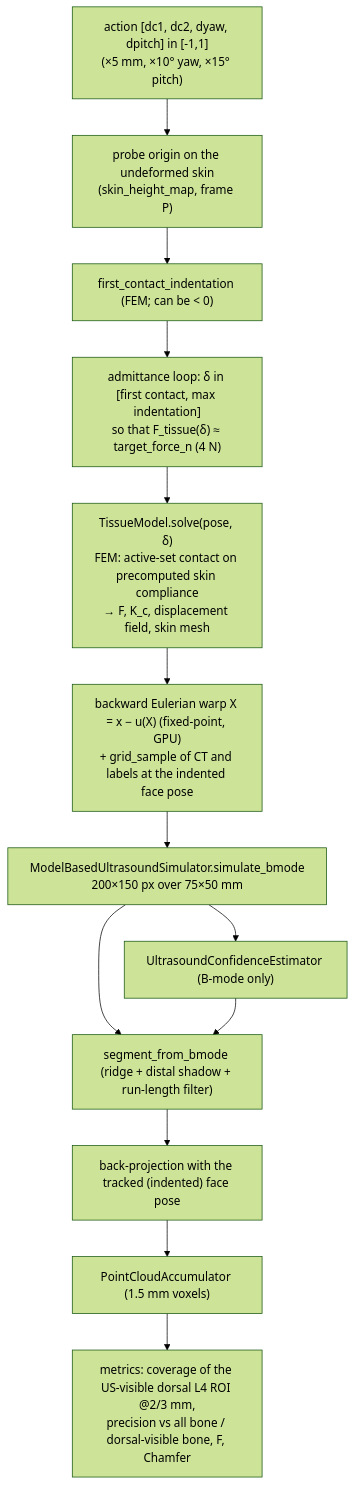
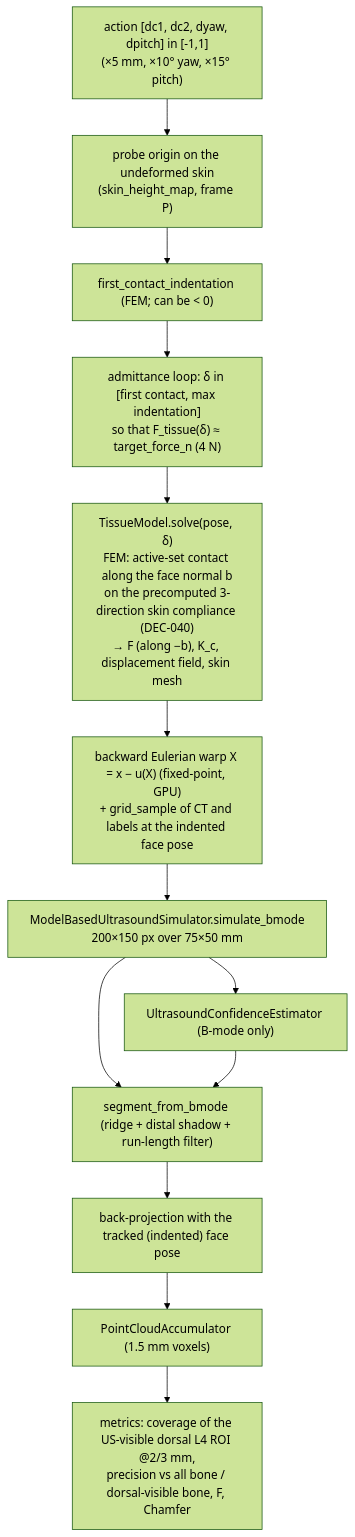
Before and after one commit to rishang19dx/MTP-Surgical-Robotcs: the third of 4 diagrams in FLOW.md, drawn with Mermaid (forest theme). The commit also changed other lines of this file and 8 other files, not shown here.

First line of the commit message:
docs+results: benchmark and physics rate after normal contact; DEC-040

````diff
--- a/FLOW.md
+++ b/FLOW.md
@@ -108,15 +108,15 @@
 ```mermaid
 flowchart TD
     A["action [dc1, dc2, dyaw, dpitch] in [-1,1]\n(×5 mm, ×10° yaw, ×15° pitch)"] --> Pose["probe origin on the undeformed skin\n(skin_height_map, frame P)"]
     Pose --> FC["first_contact_indentation (FEM; can be < 0)"]
     FC --> Adm["admittance loop: δ in [first contact, max indentation]\nso that F_tissue(δ) ≈ target_force_n (4 N)"]
-    Adm --> Solve["TissueModel.solve(pose, δ)\nFEM: active-set contact on precomputed skin compliance\n→ F, K_c, displacement field, skin mesh"]
+    Adm --> Solve["TissueModel.solve(pose, δ)\nFEM: active-set contact along the face normal b\non the precomputed 3-direction skin compliance (DEC-040)\n→ F (along −b), K_c, displacement field, skin mesh"]
     Solve --> Warp["backward Eulerian warp X = x − u(X) (fixed-point, GPU)\n+ grid_sample of CT and labels at the indented face pose"]
     Warp --> US["ModelBasedUltrasoundSimulator.simulate_bmode\n200×150 px over 75×50 mm"]
     US --> Conf["UltrasoundConfidenceEstimator (B-mode only)"]
     US --> Seg["segment_from_bmode (ridge + distal shadow + run-length filter)"]
     Conf --> Seg
     Seg --> BP["back-projection with the tracked (indented) face pose"]
     BP --> Acc["PointCloudAccumulator (1.5 mm voxels)"]
     Acc --> Met["metrics: coverage of the US-visible dorsal L4 ROI @2/3 mm,\nprecision vs all bone / dorsal-visible bone, F, Chamfer"]
 ```
````
